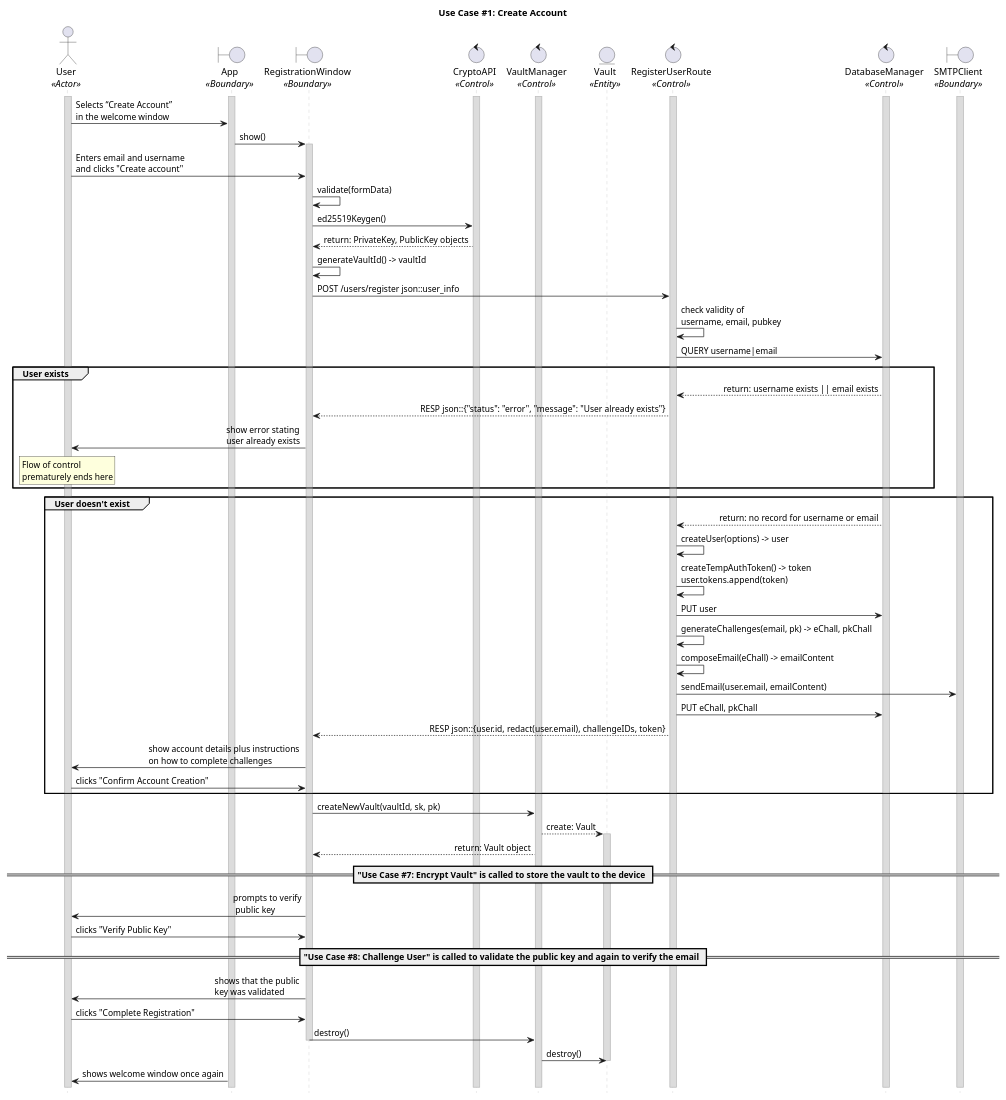
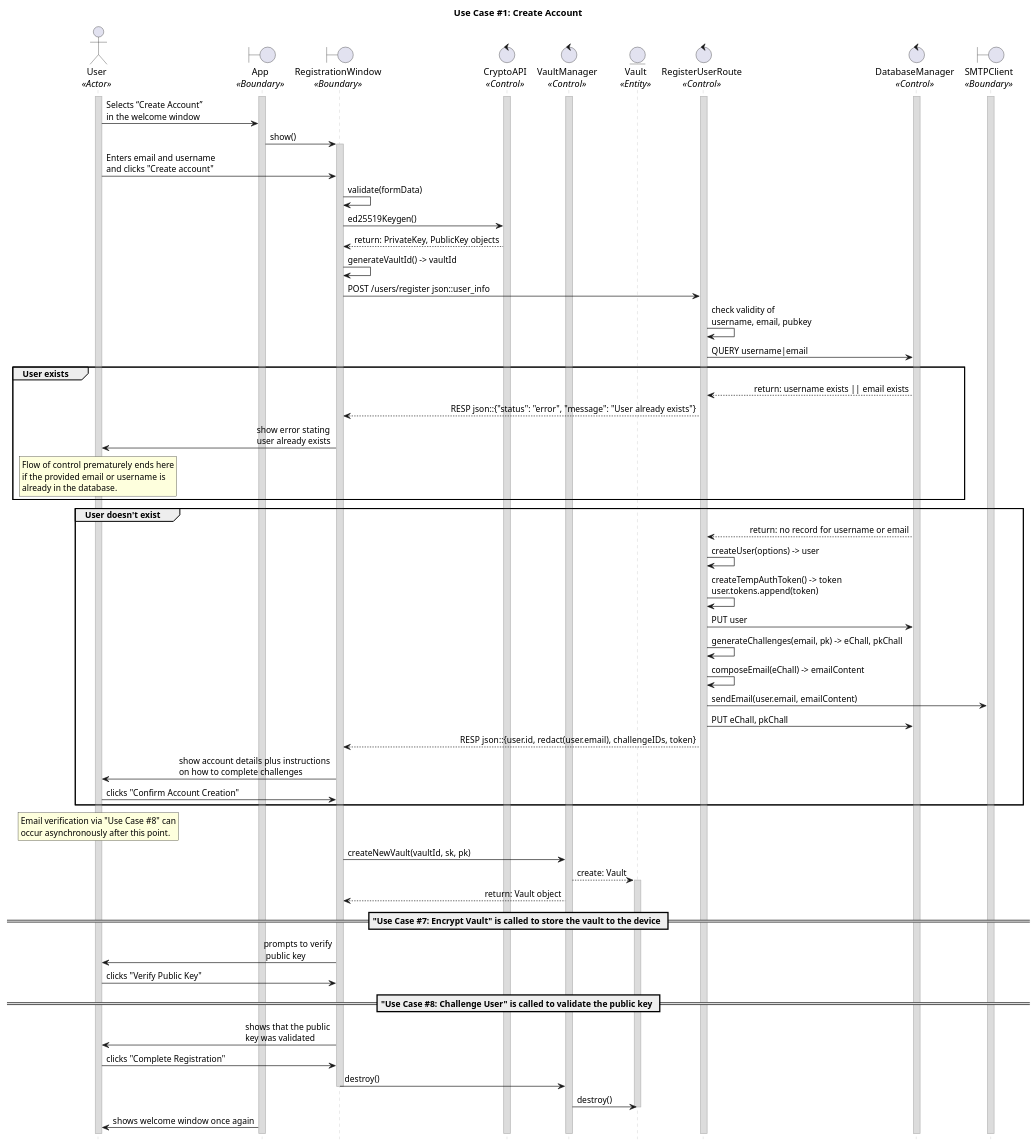
Before and after one commit to CECS-491-SP24-Group-1/seq-diagrams: the diagram in uc_01.puml, drawn with PlantUML.

Commit message:
Add more clarification

```diff
--- a/uc_01.puml
+++ b/uc_01.puml
@@ -1,113 +1,119 @@
 @startuml uc01
 title "Use Case #1: Create Account"
 
 
 'Styling goes here
 hide footbox
 skinparam stereotypePosition bottom
 skinparam sequenceMessageAlign direction
 skinparam sequence {
 	LifeLineBorderColor #Silver
 	LifeLineBackgroundColor #Gainsboro
 }
 
 'Setup the objects involved here
 actor User as u <<Actor>>
 boundary App as a <<Boundary>>
 boundary RegistrationWindow as rw <<Boundary>>
 control CryptoAPI as ca <<Control>>
 control VaultManager as vm <<Control>>
 entity Vault as v <<Entity>>
 control RegisterUserRoute as rur <<Control>>
 control DatabaseManager as db <<Control>>
 boundary SMTPClient as sc <<Boundary>>
 
 'Setup persistent objects here
 activate u 
 activate a
 activate ca
 activate vm
 activate rur
 activate db
 activate sc
 
 '--- FLOW OF CONTROL STARTS HERE ---
 'User selects “Create Account” on the front page.
 u -> a: Selects “Create Account” \nin the welcome window
 
 'System shows a form to create the account.
 a -> rw: show()
 activate rw
 
 'User enters email address, username. User clicks “Create Account” button.
 u -> rw: Enters email and username \nand clicks "Create account"
 rw -> rw: validate(formData)
 
 'User’s device generates a UUID for the user and vault, timestamp, crypto key pair, and an identifier for the vault.
 rw -> ca: ed25519Keygen()
 ca --> rw: return: PrivateKey, PublicKey objects
 rw -> rw: generateVaultId() -> vaultId
 
 'User’s device sends the UUID of the user, timestamp, and generated public key to the server. The private key stays on the device for security reasons (CRITICAL).
 rw -> rur: POST /users/register json::user_info
 
 'Server checks if the account already exists
 rur -> rur: check validity of \nusername, email, pubkey
 rur -> db: QUERY username|email
 
 group User exists
 	db --> rur: return: username exists || email exists
 	rur --> rw: RESP json::{"status": "error", "message": "User already exists"}
 	rw -> u: show error stating \nuser already exists
 	rnote over u
-	Flow of control 
-	prematurely ends here
+	Flow of control prematurely ends here
+	if the provided email or username is
+	already in the database.
 	endrnote
 end
 
 group User doesn't exist
 	'Server creates the user and issues a temporary access token
 	db --> rur: return: no record for username or email
 	rur -> rur: createUser(options) -> user
 	rur -> rur: createTempAuthToken() -> token \nuser.tokens.append(token)
 	rur -> db: PUT user
 	rur -> rur: generateChallenges(email, pk) -> eChall, pkChall
 
 	'Server sends an email to the user to confirm creation of the account.
 	rur -> rur: composeEmail(eChall) -> emailContent
 	rur -> sc: sendEmail(user.email, emailContent)
 	rur -> db: PUT eChall, pkChall
 
 	'Server sends the response back and it's confirmed.
 	rur --> rw: RESP json::{user.id, redact(user.email), challengeIDs, token}
 	rw -> u: show account details plus instructions \non how to complete challenges
 	u -> rw: clicks "Confirm Account Creation"
 end
 
+rnote over u
+Email verification via "Use Case #8" can
+occur asynchronously after this point.
+endrnote
+
 'User’s device creates a vault with the details provided by the user and the data that was generated.
 rw -> vm: createNewVault(vaultId, sk, pk)
 vm --> v: create: Vault
 activate v
 vm --> rw: return: Vault object
 
 == "Use Case #7: Encrypt Vault" is called to store the vault to the device ==
 
 'User begins the challenge process
 rw -> u: prompts to verify\n public key
 u -> rw: clicks "Verify Public Key"
 
-== "Use Case #8: Challenge User" is called to validate the public key and again to verify the email ==
+== "Use Case #8: Challenge User" is called to validate the public key ==
 
 'In-app challenges are completed
 rw -> u: shows that the public \nkey was validated
 u -> rw: clicks "Complete Registration"
 rw -> vm: destroy()
 deactivate rw
 vm -> v: destroy()
 deactivate v
 
 'Cleanup
 a -> u: shows welcome window once again
 '--- FLOW OF CONTROL ENDS HERE   ---
 
 @enduml
```
